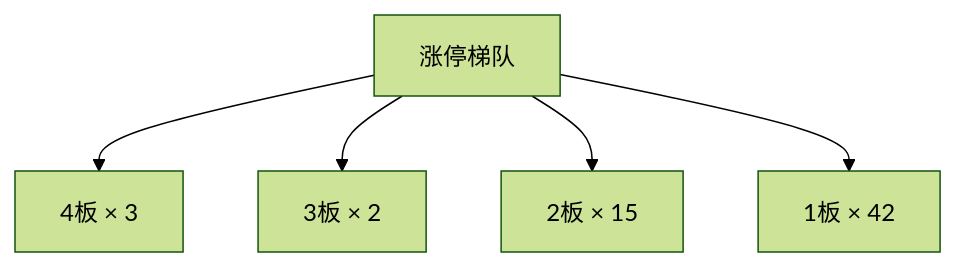
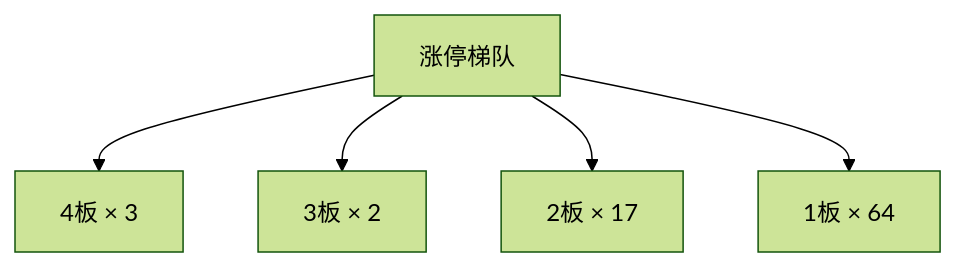
Before and after one commit to chenyang1999/chzl-kg: the second of 3 diagrams in content/投研交易/盘中分析/20261105.md, drawn with Mermaid (forest theme). The commit also changed other lines of this file, not shown here.

````diff
--- a/content/投研交易/盘中分析/20261105.md
+++ b/content/投研交易/盘中分析/20261105.md
@@ -54,12 +54,12 @@
 ```mermaid
 flowchart TD
     B_0["4板 × 3"]
     B_1["3板 × 2"]
-    B_2["2板 × 15"]
-    B_3["1板 × 42"]
+    B_2["2板 × 17"]
+    B_3["1板 × 64"]
     ROOT["涨停梯队"]
     ROOT --> B_0
     ROOT --> B_1
     ROOT --> B_2
     ROOT --> B_3
 ```
````
